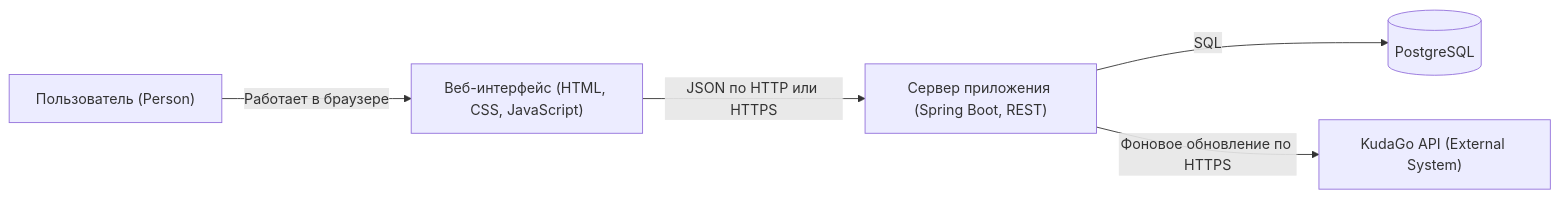
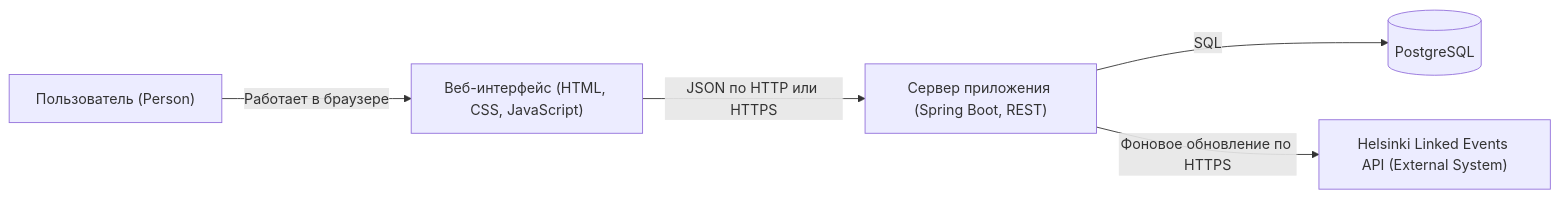
Before and after one commit to Daniil-drom/kpo-event-planner: the second of 3 diagrams in README.md, drawn with Mermaid. The commit also changed other lines of this file and 21 other files, not shown here.

````diff
--- a/README.md
+++ b/README.md
@@ -194,13 +149,13 @@
 ```mermaid
 flowchart LR
     user["Пользователь (Person)"]
     web["Веб-интерфейс (HTML, CSS, JavaScript)"]
     backend["Сервер приложения (Spring Boot, REST)"]
     db[("PostgreSQL")]
-    kudago["KudaGo API (External System)"]
+    linkedEvents["Helsinki Linked Events API (External System)"]
 
     user -->|Работает в браузере| web
     web -->|JSON по HTTP или HTTPS| backend
     backend -->|SQL| db
-    backend -->|Фоновое обновление по HTTPS| kudago
+    backend -->|Фоновое обновление по HTTPS| linkedEvents
 ```
````
